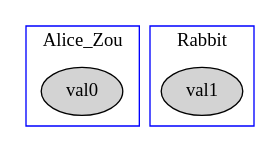
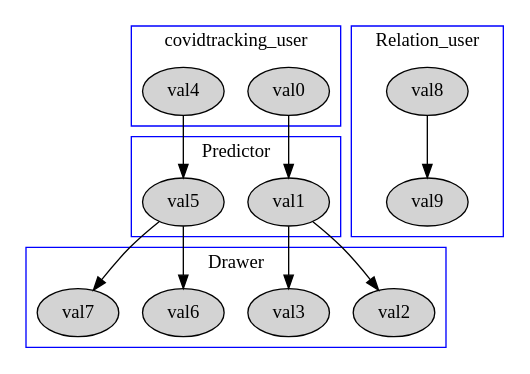
The diagram in vis.gv (mikecafarella/KNP), drawn with Graphviz before and after one commit. The commit also changed 18 other files, not shown here.

```diff
--- a/vis.gv
+++ b/vis.gv
@@ -1,14 +1,39 @@
 digraph G {
-subgraph clusterusr_0_ {
+subgraph clusterusr_0_4_ {
 node [style=filled];
 color=blue;
-label=Alice_Zou;
+label=covidtracking_user;
 val0;
+val4;
 }
-subgraph clusterusr_1_ {
+subgraph clusterusr_1_5_ {
 node [style=filled];
 color=blue;
-label=Rabbit;
+label=Predictor;
 val1;
+val5;
 }
+subgraph clusterusr_2_3_6_7_ {
+node [style=filled];
+color=blue;
+label=Drawer;
+val2;
+val3;
+val6;
+val7;
 }
+subgraph clusterusr_8_9_ {
+node [style=filled];
+color=blue;
+label=Relation_user;
+val8;
+val9;
+}
+val0 -> val1;
+val1 -> val2;
+val1 -> val3;
+val4 -> val5;
+val5 -> val6;
+val5 -> val7;
+val8 -> val9;
+}
```
